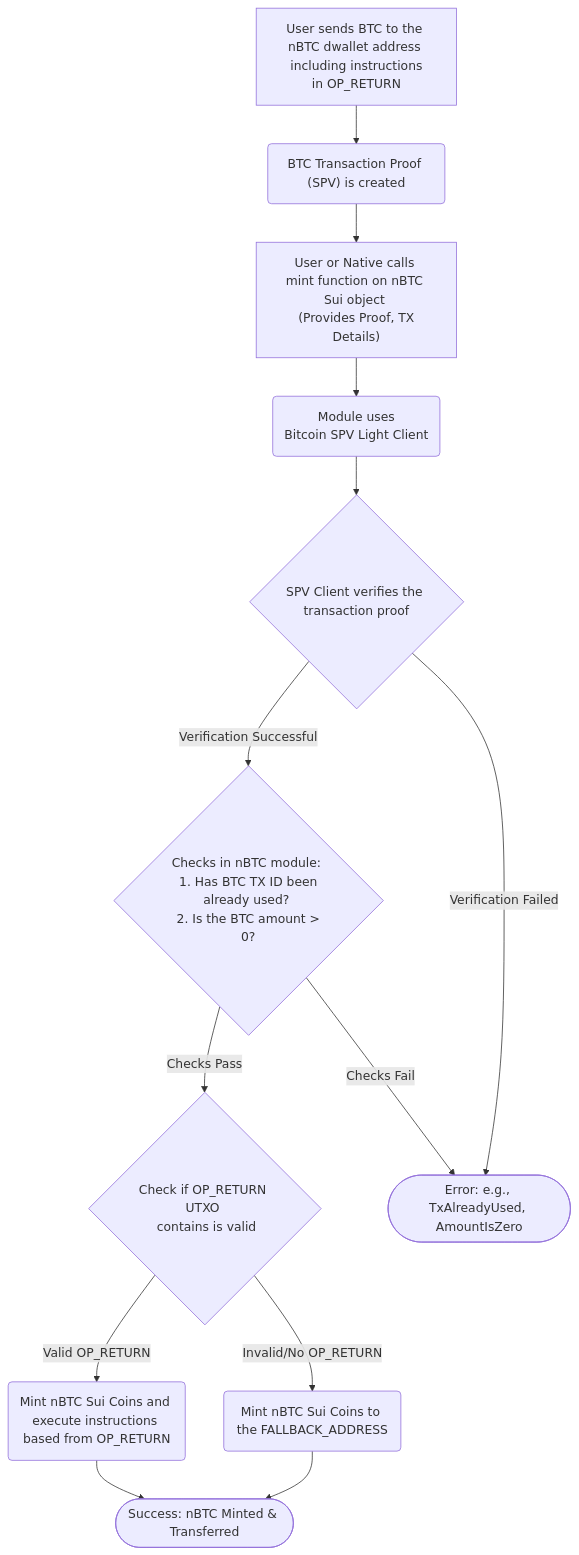
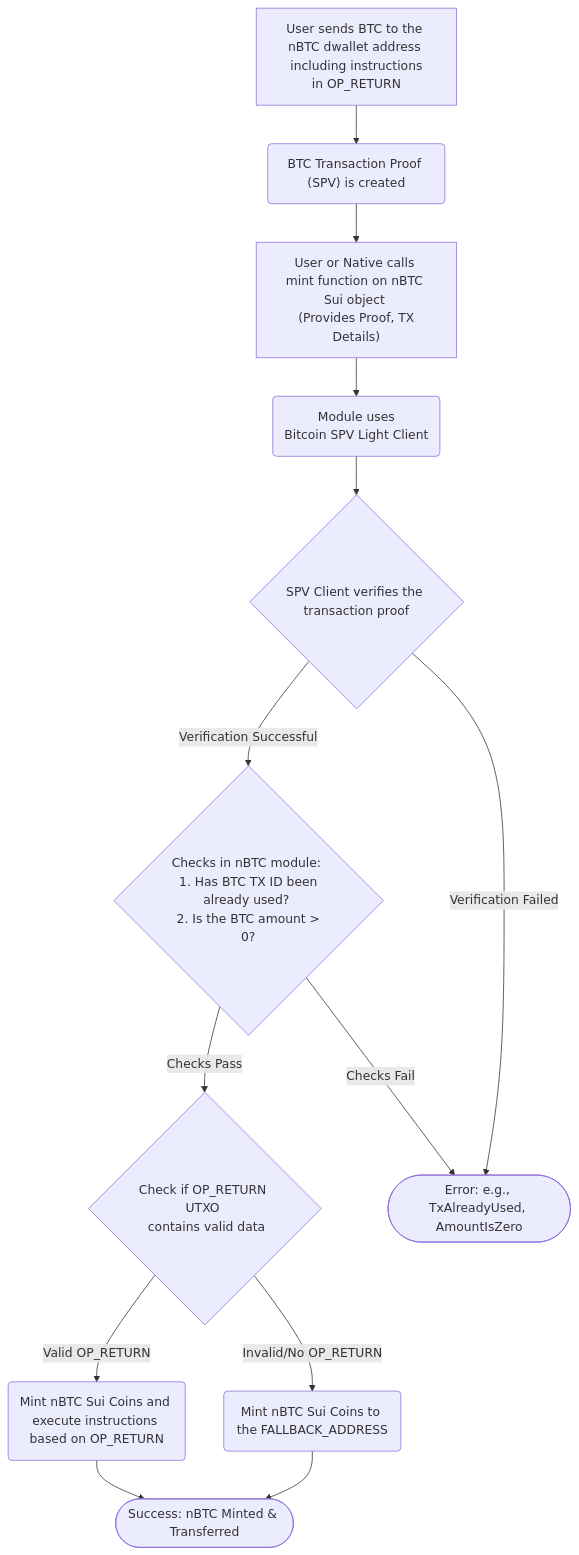
The first of 2 diagrams in nBTC/docs/nbtc_minting.md (gonative-cc/sui-native), drawn with Mermaid before and after one commit.

Commit message:
Apply suggestions from code review

````diff
--- a/nBTC/docs/nbtc_minting.md
+++ b/nBTC/docs/nbtc_minting.md
@@ -17,17 +17,17 @@
 ```mermaid
 graph TD
     A["User sends BTC to the nBTC dwallet address <br> including instructions in OP_RETURN"] --> B("BTC Transaction Proof (SPV) is created");
     B --> C["User or Native calls mint function on nBTC Sui object <br> (Provides Proof, TX Details)"];
     C --> D("Module uses <br> Bitcoin SPV Light Client");
     D --> E{"SPV Client verifies the transaction proof"};
     E -- Verification Successful --> F{"Checks in nBTC module: <br> 1. Has BTC TX ID been already used? <br> 2. Is the BTC amount > 0?"};
 
-    F -- Checks Pass --> G{"Check if OP_RETURN UTXO <br> contains is valid"};
-    G -- Valid OP_RETURN --> H("Mint nBTC Sui Coins and execute instructions based from OP_RETURN");
+    F -- Checks Pass --> G{"Check if OP_RETURN UTXO <br> contains valid data"};
+    G -- Valid OP_RETURN --> H("Mint nBTC Sui Coins and execute instructions based on OP_RETURN");
     G -- Invalid/No OP_RETURN --> I("Mint nBTC Sui Coins to the FALLBACK_ADDRESS");
     H --> Z(["Success: nBTC Minted & Transferred"]);
     I --> Z;
 
     F -- Checks Fail --> Y(["Error: e.g., TxAlreadyUsed, AmountIsZero"]);
     E -- Verification Failed --> Y;
 ```
````
